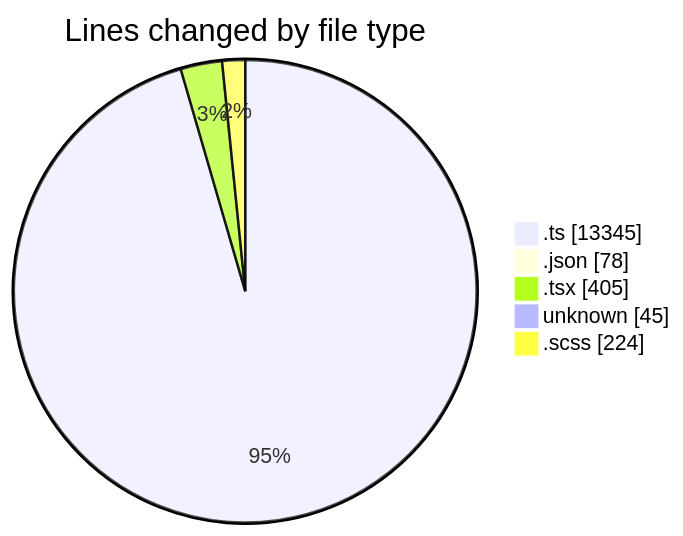
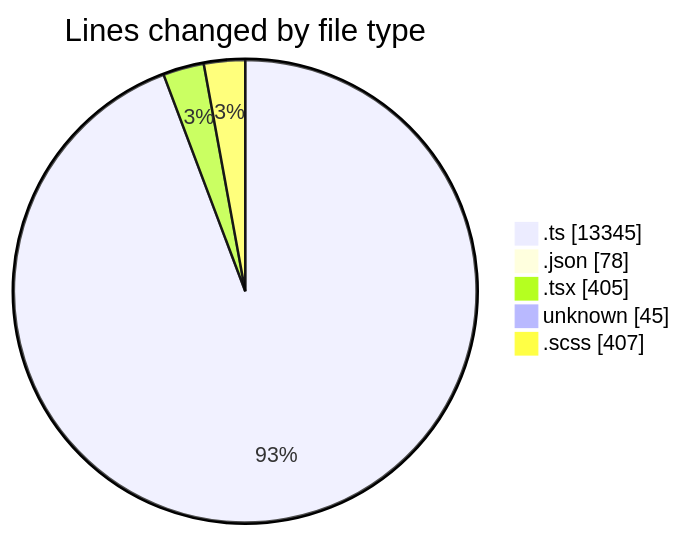
One commit to momahboobian/code-tracking changed the first of 2 diagrams in 2025-08-29/cda/README.md. Above: the diagram before and after it, drawn with Mermaid. The commit also changed other lines of this file and 1 other file, not shown here.

````diff
--- a/2025-08-29/cda/README.md
+++ b/2025-08-29/cda/README.md
@@ -29,9 +29,9 @@
 ```mermaid
 pie showData
 title Lines changed by file type
 ".ts" : 13345
 ".json" : 78
 ".tsx" : 405
 "unknown" : 45
-".scss" : 224
+".scss" : 407
 ```
````
